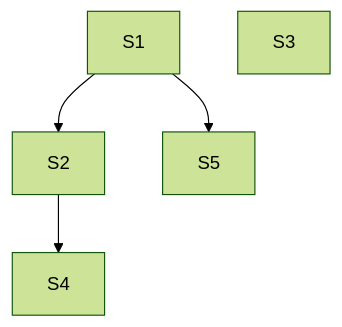
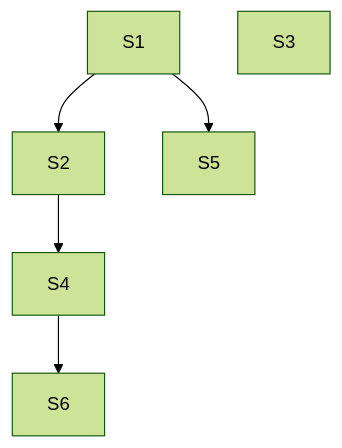
The diagram in docs/superpowers/plans/2026-11-01-search-at-scale.md (robfrancken/rex-code-challenge), drawn with Mermaid (forest theme) before and after one commit. The commit also changed other lines of this file, not shown here.

````diff
--- a/docs/superpowers/plans/2026-11-01-search-at-scale.md
+++ b/docs/superpowers/plans/2026-11-01-search-at-scale.md
@@ -78,7 +79,8 @@
 ```mermaid
 graph TD
   S1 --> S2
   S1 --> S5
   S2 --> S4
+  S4 --> S6
   S3
 ```
````
